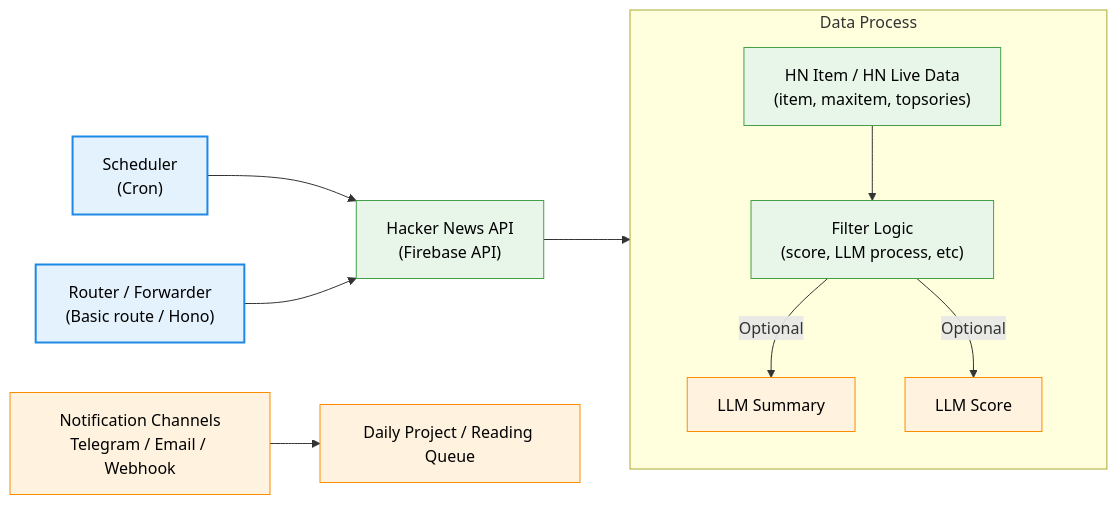
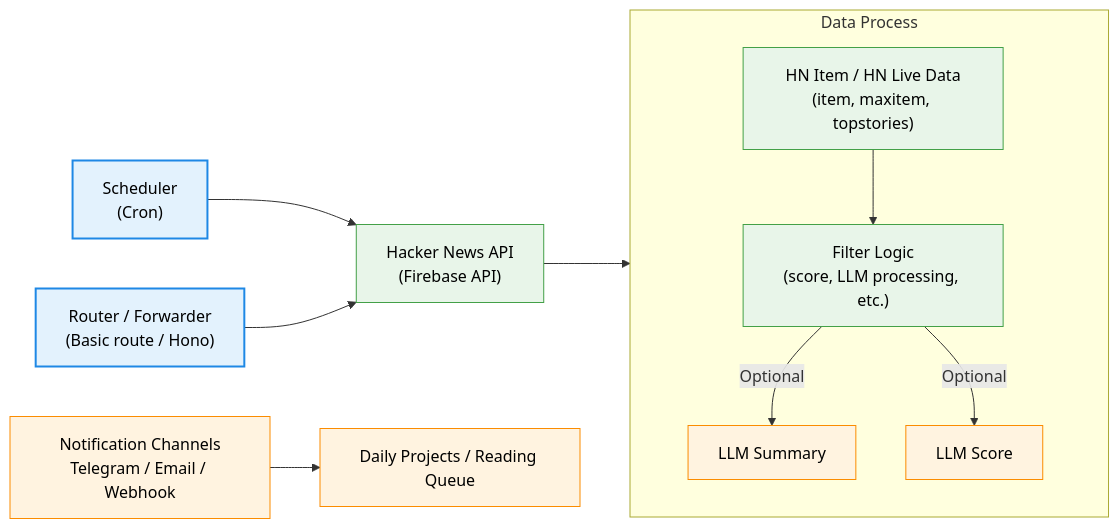
One commit to edwardzcn-decade/hacker-news-worker changed the diagram in README.md. Above: the diagram before and after it, drawn with Mermaid. The commit also changed other lines of this file and 1 other file, not shown here.

````diff
--- a/README.md
+++ b/README.md
@@ -15,36 +41,35 @@
 ```mermaid
 flowchart LR
     Trigger1["Scheduler<br/>(Cron)"]:::source
     Trigger2["Router / Forwarder<br/>(Basic route / Hono)"]:::source
     HN_API["Hacker News API<br/>(Firebase API)"]:::process
 
     Trigger1 --> HN_API
     Trigger2 --> HN_API
 
     HN_API --> DATA_PROCESS
 
     subgraph DATA_PROCESS["Data Process"]
       direction TB
-      Process1["HN Item / HN Live Data<br/>(item, maxitem, topsories)"]:::process
-      Process2["Filter Logic<br/>(score, LLM process, etc)"]:::process
-      Output1["LLM Summary<br/>"]:::output
+      Process1["HN Item / HN Live Data<br/>(item, maxitem, topstories)"]:::process
+      Process2["Filter Logic<br/>(score, LLM processing, etc.)"]:::process
+      Output1["LLM Summary"]:::output
       Output2["LLM Score"]:::output
       Process1 --> Process2
       Process2 --> |Optional| Output1
       Process2 --> |Optional| Output2
     end
 
-
     E["Notification Channels<br/>Telegram / Email / Webhook"]:::output
-    F[Daily Project / Reading Queue]:::output
+    F["Daily Projects / Reading Queue"]:::output
     E --> F
 
     %% --- classes ---
     %% --- source color color:#0d47a1; ---
     %% --- process color:#1b5e20; ---
     %% --- output color:#e65100; ---
     classDef source  fill:#e3f2fd,stroke:#1e88e5,stroke-width:2px;
     classDef process fill:#e8f5e9,stroke:#43a047,stroke-width:1px;
     classDef output  fill:#fff3e0,stroke:#fb8c00,stroke-width:1px;
     classDef default color:#000000;
 ```
````
